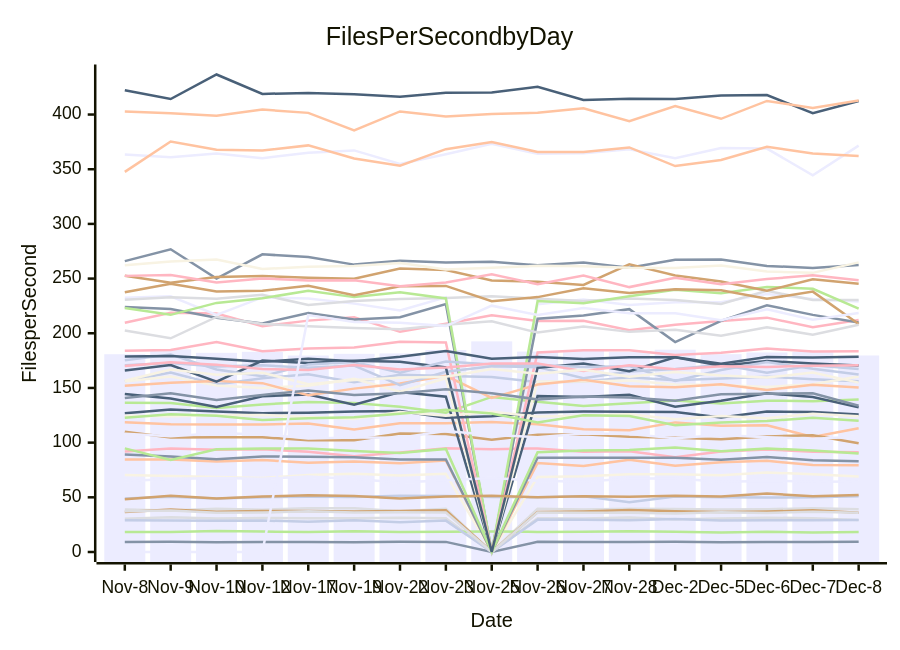
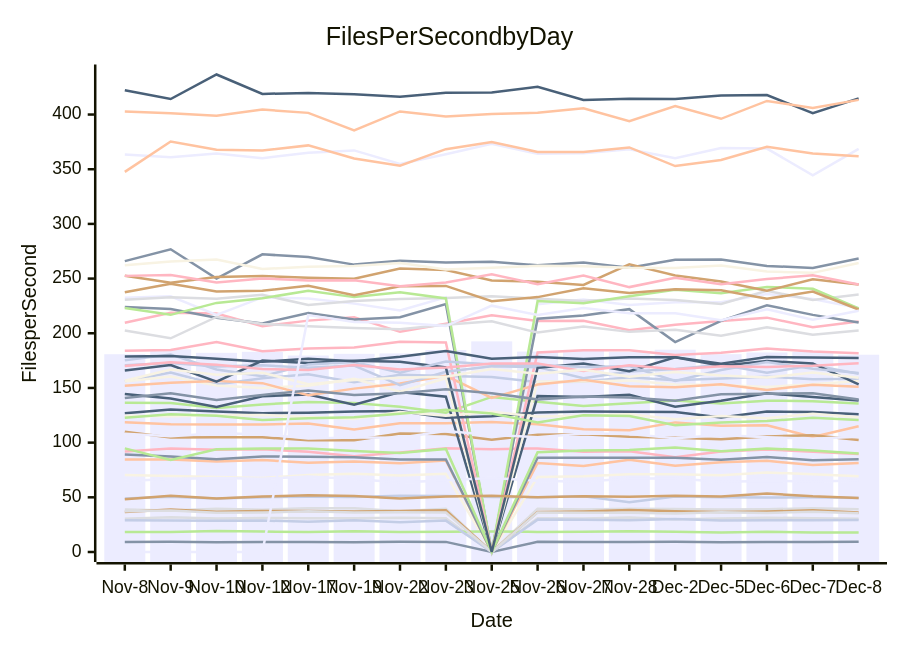
One commit to streetsidesoftware/cspell changed the diagram in perf-report.md. Above: the diagram before and after it, drawn with Mermaid. The commit also changed other lines of this file and 1 other file, not shown here.

````diff
--- a/perf-report.md
+++ b/perf-report.md
@@ -10,57 +10,57 @@
 ```mermaid
 xychart-beta
     title Files Per Second by Day
     y-axis Files per Second
     x-axis Date [Nov-8, Nov-9, Nov-10, Nov-12, Nov-17, Nov-19, Nov-22, Nov-23, Nov-25, Nov-26, Nov-27, Nov-28, Dec-2, Dec-5, Dec-6, Dec-7, Dec-8]
-    bar [180.85, 185.26, 182.11, 183.02, 179.67, 181.22, 181.55, 184.70, 192.57, 183.27, 184.75, 182.79, 184.99, 180.86, 182.42, 182.83, 179.71]
-    line [9.19, 9.27, 8.92, 9.14, 9.18, 8.84, 9.32, 9.24, 0.00, 9.27, 9.05, 9.13, 9.38, 8.86, 9.19, 9.24, 9.35]
-    line [118.63, 116.72, 116.49, 116.48, 117.45, 112.12, 117.70, 117.75, 118.80, 116.72, 112.25, 111.37, 118.51, 115.50, 115.87, 105.20, 113.24]
-    line [30.45, 31.85, 30.57, 31.13, 30.89, 30.94, 31.34, 30.76, 0.00, 30.81, 30.58, 31.64, 29.90, 30.63, 31.36, 30.89, 29.34]
-    line [136.40, 136.32, 131.65, 134.94, 137.19, 136.33, 132.82, 127.42, 141.81, 137.38, 133.61, 136.04, 138.47, 135.71, 138.36, 137.92, 139.33]
-    line [109.90, 104.67, 104.85, 104.85, 102.15, 102.24, 108.41, 107.84, 102.72, 107.24, 107.62, 105.35, 104.37, 103.06, 105.64, 106.80, 99.43]
-    line [48.97, 50.50, 48.94, 50.11, 50.42, 50.32, 51.47, 51.26, 50.21, 50.12, 50.94, 45.60, 50.75, 50.03, 49.80, 49.98, 51.06]
-    line [91.93, 94.57, 93.46, 93.94, 91.73, 87.45, 91.05, 94.79, 93.97, 94.67, 91.62, 92.04, 86.62, 91.97, 93.82, 91.60, 91.21]
-    line [144.44, 140.29, 132.61, 142.45, 144.07, 134.61, 146.19, 141.96, 0.00, 142.52, 141.79, 143.85, 132.83, 138.36, 145.16, 141.72, 132.22]
-    line [70.35, 69.51, 68.69, 67.71, 70.32, 71.50, 69.84, 71.46, 0.00, 68.63, 69.18, 70.98, 71.07, 70.27, 72.65, 71.06, 69.00]
-    line [363.56, 361.00, 364.43, 360.15, 365.05, 367.22, 354.80, 363.64, 373.17, 364.09, 364.55, 368.33, 360.08, 369.35, 368.90, 344.39, 371.58]
-    line [265.98, 276.77, 250.02, 272.22, 269.63, 262.78, 266.27, 264.63, 265.39, 262.12, 264.70, 259.96, 267.12, 267.54, 261.60, 259.75, 262.36]
-    line [84.56, 84.50, 82.79, 84.08, 81.67, 82.81, 81.19, 83.62, 0.00, 81.43, 78.64, 84.26, 78.88, 82.13, 83.39, 79.45, 79.29]
-    line [38.81, 37.90, 39.54, 38.73, 39.95, 40.00, 37.29, 39.41, 0.00, 39.61, 38.93, 39.59, 39.21, 38.95, 39.16, 39.98, 39.18]
-    line [18.36, 18.35, 19.12, 18.64, 18.32, 18.95, 18.34, 18.44, 18.84, 18.37, 18.41, 18.93, 18.48, 17.91, 18.52, 17.91, 18.39]
-    line [36.63, 38.88, 36.70, 37.54, 37.45, 37.05, 37.59, 38.10, 0.00, 36.55, 37.13, 38.36, 37.28, 36.55, 36.94, 38.11, 35.96]
-    line [156.12, 164.10, 153.25, 158.83, 162.50, 155.26, 161.99, 161.00, 160.02, 155.33, 155.60, 159.85, 157.03, 158.70, 160.32, 157.97, 156.07]
-    line [209.61, 218.80, 218.08, 206.42, 211.56, 214.70, 201.32, 208.63, 216.56, 211.21, 211.52, 202.80, 207.87, 211.25, 214.29, 205.55, 212.20]
-    line [422.15, 414.20, 436.61, 418.89, 419.72, 418.60, 416.16, 419.91, 420.14, 425.45, 413.25, 414.49, 414.13, 417.32, 417.87, 401.19, 412.41]
-    line [155.90, 160.36, 152.28, 150.06, 152.05, 158.28, 146.52, 158.85, 0.00, 155.81, 155.95, 156.73, 153.23, 152.74, 150.88, 153.33, 160.56]
-    line [232.42, 233.76, 216.82, 232.75, 231.73, 227.11, 220.77, 232.83, 0.00, 226.61, 230.78, 225.94, 228.40, 228.42, 235.98, 231.28, 229.10]
-    line [224.03, 222.14, 214.23, 209.04, 218.60, 212.59, 214.66, 226.79, 0.00, 213.37, 216.21, 222.03, 191.91, 211.40, 225.62, 216.82, 209.87]
-    line [151.98, 154.79, 156.47, 154.38, 143.43, 149.38, 154.11, 161.15, 140.96, 153.09, 157.58, 151.62, 150.61, 153.46, 148.08, 152.95, 150.44]
-    line [230.59, 232.99, 231.54, 235.20, 225.87, 229.42, 231.39, 232.22, 233.95, 231.55, 229.52, 231.73, 230.37, 226.75, 238.77, 230.39, 230.43]
-    line [223.17, 216.85, 227.77, 231.99, 238.91, 233.06, 237.44, 231.81, 0.00, 229.54, 227.35, 233.78, 239.72, 236.67, 242.41, 240.69, 222.44]
-    line [237.46, 245.31, 238.15, 238.92, 243.36, 234.75, 243.01, 243.28, 229.25, 233.06, 241.24, 236.91, 240.36, 239.27, 231.52, 238.08, 208.52]
-    line [28.99, 28.78, 28.56, 28.81, 27.61, 29.00, 27.12, 28.69, 0.00, 29.62, 29.42, 28.97, 30.07, 28.83, 29.04, 29.09, 29.30]
-    line [183.94, 184.74, 191.91, 183.56, 186.00, 187.01, 192.19, 191.67, 0.00, 182.52, 184.50, 184.37, 180.13, 182.27, 185.97, 183.39, 183.59]
-    line [126.84, 130.40, 128.50, 126.86, 127.39, 128.53, 129.02, 122.85, 124.15, 127.61, 128.38, 128.27, 127.96, 123.07, 128.36, 127.97, 125.64]
-    line [124.63, 124.24, 125.03, 125.24, 123.48, 121.57, 127.94, 124.68, 128.18, 123.81, 124.58, 126.05, 121.44, 124.27, 122.27, 126.51, 124.23]
-    line [64.87, 66.76, 67.56, 66.97, 68.98, 66.79, 63.49, 65.54, 67.63, 65.16, 64.17, 67.20, 67.10, 64.34, 65.01, 64.46, 64.17]
-    line [89.12, 87.30, 84.78, 87.41, 87.06, 86.68, 84.68, 84.66, 0.00, 86.16, 86.09, 86.12, 86.10, 84.45, 86.85, 83.80, 83.04]
-    line [347.60, 375.37, 367.87, 367.07, 371.79, 359.89, 353.22, 368.32, 374.93, 365.77, 365.67, 369.95, 352.91, 358.41, 370.56, 364.48, 362.11]
-    line [37.15, 37.84, 35.87, 36.08, 37.20, 36.20, 36.44, 36.12, 0.00, 36.09, 35.82, 35.94, 35.10, 36.40, 35.75, 36.91, 35.99]
-    line [94.75, 84.15, 93.85, 94.70, 94.62, 92.44, 90.51, 94.24, 0.00, 91.28, 92.74, 93.28, 95.50, 92.21, 94.67, 92.84, 90.08]
-    line [252.50, 246.24, 251.54, 252.31, 250.79, 249.89, 259.20, 257.89, 248.21, 247.03, 244.22, 263.12, 252.89, 247.30, 238.91, 249.28, 245.19]
-    line [170.78, 172.83, 169.54, 170.69, 168.51, 170.43, 152.49, 164.76, 169.85, 169.02, 158.91, 164.95, 167.24, 171.12, 163.98, 170.66, 167.39]
-    line [252.48, 253.34, 246.50, 250.04, 248.32, 248.40, 243.10, 246.46, 253.84, 244.86, 252.77, 242.22, 250.75, 244.77, 249.57, 253.00, 248.49]
-    line [165.93, 170.87, 155.75, 175.08, 172.86, 174.82, 173.87, 168.75, 0.00, 168.42, 172.41, 165.34, 178.00, 170.24, 174.62, 172.41, 170.51]
-    line [262.23, 265.71, 267.34, 258.77, 260.78, 261.46, 264.14, 258.29, 259.88, 261.65, 261.27, 259.85, 259.59, 261.91, 256.38, 255.24, 264.82]
-    line [108.04, 105.75, 108.53, 107.61, 103.87, 104.59, 104.39, 110.58, 106.99, 105.01, 108.35, 107.81, 104.02, 106.94, 104.99, 103.46, 105.30]
-    line [140.71, 145.23, 139.03, 143.66, 147.67, 143.64, 145.07, 148.78, 145.20, 139.52, 142.17, 141.34, 138.40, 144.20, 144.71, 145.14, 133.69]
-    line [402.78, 401.18, 398.88, 404.51, 401.52, 385.51, 402.83, 398.10, 400.47, 401.59, 405.72, 393.85, 407.78, 396.11, 412.42, 405.98, 412.80]
-    line [202.50, 195.41, 214.93, 208.44, 206.40, 204.90, 203.63, 207.69, 210.97, 200.63, 206.29, 201.28, 203.16, 197.69, 205.56, 198.75, 207.84]
-    line [122.72, 125.93, 124.62, 120.74, 122.33, 123.30, 126.42, 130.12, 126.69, 118.47, 125.05, 124.39, 115.88, 118.39, 119.81, 122.77, 120.08]
-    line [48.34, 51.40, 48.84, 50.71, 51.87, 51.27, 48.95, 50.74, 51.36, 50.08, 50.94, 50.51, 51.36, 50.85, 53.51, 50.97, 52.06]
-    line [175.33, 180.56, 166.86, 160.67, 171.35, 173.67, 163.99, 174.13, 171.44, 171.10, 169.17, 169.92, 156.42, 166.33, 173.70, 167.47, 162.30]
-    line [170.15, 173.41, 171.14, 167.37, 166.50, 171.04, 166.81, 168.79, 172.43, 172.30, 165.40, 170.85, 167.09, 169.78, 169.21, 170.29, 170.85]
-    line [178.68, 179.16, 176.80, 173.86, 176.80, 174.52, 178.44, 183.84, 176.75, 178.41, 176.49, 178.04, 178.10, 172.07, 178.26, 177.85, 178.56]
-    line [156.54, 166.82, 162.10, 163.95, 153.46, 157.33, 159.29, 160.15, 167.27, 163.00, 166.53, 160.28, 164.60, 161.29, 159.50, 164.08, 154.88]
-    line [0.00, 0.00, 0.00, 0.00, 216.65, 210.39, 209.57, 206.62, 225.23, 216.74, 223.01, 218.30, 218.24, 211.89, 221.99, 212.41, 218.55]
+    bar [180.85, 185.26, 182.11, 183.02, 179.67, 181.22, 181.55, 184.70, 192.57, 183.27, 184.75, 182.79, 184.99, 180.86, 182.42, 182.83, 180.39]
+    line [9.19, 9.27, 8.92, 9.14, 9.18, 8.84, 9.32, 9.24, 0.00, 9.27, 9.05, 9.13, 9.38, 8.86, 9.19, 9.24, 9.34]
+    line [118.63, 116.72, 116.49, 116.48, 117.45, 112.12, 117.70, 117.75, 118.80, 116.72, 112.25, 111.37, 118.51, 115.50, 115.87, 105.20, 114.91]
+    line [30.45, 31.85, 30.57, 31.13, 30.89, 30.94, 31.34, 30.76, 0.00, 30.81, 30.58, 31.64, 29.90, 30.63, 31.36, 30.89, 30.34]
+    line [136.40, 136.32, 131.65, 134.94, 137.19, 136.33, 132.82, 127.42, 141.81, 137.38, 133.61, 136.04, 138.47, 135.71, 138.36, 137.92, 135.73]
+    line [109.90, 104.67, 104.85, 104.85, 102.15, 102.24, 108.41, 107.84, 102.72, 107.24, 107.62, 105.35, 104.37, 103.06, 105.64, 106.80, 102.47]
+    line [48.97, 50.50, 48.94, 50.11, 50.42, 50.32, 51.47, 51.26, 50.21, 50.12, 50.94, 45.60, 50.75, 50.03, 49.80, 49.98, 49.31]
+    line [91.93, 94.57, 93.46, 93.94, 91.73, 87.45, 91.05, 94.79, 93.97, 94.67, 91.62, 92.04, 86.62, 91.97, 93.82, 91.60, 89.66]
+    line [144.44, 140.29, 132.61, 142.45, 144.07, 134.61, 146.19, 141.96, 0.00, 142.52, 141.79, 143.85, 132.83, 138.36, 145.16, 141.72, 138.45]
+    line [70.35, 69.51, 68.69, 67.71, 70.32, 71.50, 69.84, 71.46, 0.00, 68.63, 69.18, 70.98, 71.07, 70.27, 72.65, 71.06, 69.34]
+    line [363.56, 361.00, 364.43, 360.15, 365.05, 367.22, 354.80, 363.64, 373.17, 364.09, 364.55, 368.33, 360.08, 369.35, 368.90, 344.39, 368.61]
+    line [265.98, 276.77, 250.02, 272.22, 269.63, 262.78, 266.27, 264.63, 265.39, 262.12, 264.70, 259.96, 267.12, 267.54, 261.60, 259.75, 268.32]
+    line [84.56, 84.50, 82.79, 84.08, 81.67, 82.81, 81.19, 83.62, 0.00, 81.43, 78.64, 84.26, 78.88, 82.13, 83.39, 79.45, 81.30]
+    line [38.81, 37.90, 39.54, 38.73, 39.95, 40.00, 37.29, 39.41, 0.00, 39.61, 38.93, 39.59, 39.21, 38.95, 39.16, 39.98, 39.20]
+    line [18.36, 18.35, 19.12, 18.64, 18.32, 18.95, 18.34, 18.44, 18.84, 18.37, 18.41, 18.93, 18.48, 17.91, 18.52, 17.91, 17.81]
+    line [36.63, 38.88, 36.70, 37.54, 37.45, 37.05, 37.59, 38.10, 0.00, 36.55, 37.13, 38.36, 37.28, 36.55, 36.94, 38.11, 36.12]
+    line [156.12, 164.10, 153.25, 158.83, 162.50, 155.26, 161.99, 161.00, 160.02, 155.33, 155.60, 159.85, 157.03, 158.70, 160.32, 157.97, 158.32]
+    line [209.61, 218.80, 218.08, 206.42, 211.56, 214.70, 201.32, 208.63, 216.56, 211.21, 211.52, 202.80, 207.87, 211.25, 214.29, 205.55, 210.66]
+    line [422.15, 414.20, 436.61, 418.89, 419.72, 418.60, 416.16, 419.91, 420.14, 425.45, 413.25, 414.49, 414.13, 417.32, 417.87, 401.19, 414.83]
+    line [155.90, 160.36, 152.28, 150.06, 152.05, 158.28, 146.52, 158.85, 0.00, 155.81, 155.95, 156.73, 153.23, 152.74, 150.88, 153.33, 156.37]
+    line [232.42, 233.76, 216.82, 232.75, 231.73, 227.11, 220.77, 232.83, 0.00, 226.61, 230.78, 225.94, 228.40, 228.42, 235.98, 231.28, 223.08]
+    line [224.03, 222.14, 214.23, 209.04, 218.60, 212.59, 214.66, 226.79, 0.00, 213.37, 216.21, 222.03, 191.91, 211.40, 225.62, 216.82, 209.78]
+    line [151.98, 154.79, 156.47, 154.38, 143.43, 149.38, 154.11, 161.15, 140.96, 153.09, 157.58, 151.62, 150.61, 153.46, 148.08, 152.95, 151.11]
+    line [230.59, 232.99, 231.54, 235.20, 225.87, 229.42, 231.39, 232.22, 233.95, 231.55, 229.52, 231.73, 230.37, 226.75, 238.77, 230.39, 235.42]
+    line [223.17, 216.85, 227.77, 231.99, 238.91, 233.06, 237.44, 231.81, 0.00, 229.54, 227.35, 233.78, 239.72, 236.67, 242.41, 240.69, 222.66]
+    line [237.46, 245.31, 238.15, 238.92, 243.36, 234.75, 243.01, 243.28, 229.25, 233.06, 241.24, 236.91, 240.36, 239.27, 231.52, 238.08, 221.76]
+    line [28.99, 28.78, 28.56, 28.81, 27.61, 29.00, 27.12, 28.69, 0.00, 29.62, 29.42, 28.97, 30.07, 28.83, 29.04, 29.09, 29.27]
+    line [183.94, 184.74, 191.91, 183.56, 186.00, 187.01, 192.19, 191.67, 0.00, 182.52, 184.50, 184.37, 180.13, 182.27, 185.97, 183.39, 181.79]
+    line [126.84, 130.40, 128.50, 126.86, 127.39, 128.53, 129.02, 122.85, 124.15, 127.61, 128.38, 128.27, 127.96, 123.07, 128.36, 127.97, 126.03]
+    line [124.63, 124.24, 125.03, 125.24, 123.48, 121.57, 127.94, 124.68, 128.18, 123.81, 124.58, 126.05, 121.44, 124.27, 122.27, 126.51, 123.25]
+    line [64.87, 66.76, 67.56, 66.97, 68.98, 66.79, 63.49, 65.54, 67.63, 65.16, 64.17, 67.20, 67.10, 64.34, 65.01, 64.46, 65.48]
+    line [89.12, 87.30, 84.78, 87.41, 87.06, 86.68, 84.68, 84.66, 0.00, 86.16, 86.09, 86.12, 86.10, 84.45, 86.85, 83.80, 84.86]
+    line [347.60, 375.37, 367.87, 367.07, 371.79, 359.89, 353.22, 368.32, 374.93, 365.77, 365.67, 369.95, 352.91, 358.41, 370.56, 364.48, 361.92]
+    line [37.15, 37.84, 35.87, 36.08, 37.20, 36.20, 36.44, 36.12, 0.00, 36.09, 35.82, 35.94, 35.10, 36.40, 35.75, 36.91, 35.53]
+    line [94.75, 84.15, 93.85, 94.70, 94.62, 92.44, 90.51, 94.24, 0.00, 91.28, 92.74, 93.28, 95.50, 92.21, 94.67, 92.84, 90.13]
+    line [252.50, 246.24, 251.54, 252.31, 250.79, 249.89, 259.20, 257.89, 248.21, 247.03, 244.22, 263.12, 252.89, 247.30, 238.91, 249.28, 244.68]
+    line [170.78, 172.83, 169.54, 170.69, 168.51, 170.43, 152.49, 164.76, 169.85, 169.02, 158.91, 164.95, 167.24, 171.12, 163.98, 170.66, 163.06]
+    line [252.48, 253.34, 246.50, 250.04, 248.32, 248.40, 243.10, 246.46, 253.84, 244.86, 252.77, 242.22, 250.75, 244.77, 249.57, 253.00, 244.67]
+    line [165.93, 170.87, 155.75, 175.08, 172.86, 174.82, 173.87, 168.75, 0.00, 168.42, 172.41, 165.34, 178.00, 170.24, 174.62, 172.41, 153.23]
+    line [262.23, 265.71, 267.34, 258.77, 260.78, 261.46, 264.14, 258.29, 259.88, 261.65, 261.27, 259.85, 259.59, 261.91, 256.38, 255.24, 264.32]
+    line [108.04, 105.75, 108.53, 107.61, 103.87, 104.59, 104.39, 110.58, 106.99, 105.01, 108.35, 107.81, 104.02, 106.94, 104.99, 103.46, 105.28]
+    line [140.71, 145.23, 139.03, 143.66, 147.67, 143.64, 145.07, 148.78, 145.20, 139.52, 142.17, 141.34, 138.40, 144.20, 144.71, 145.14, 139.43]
+    line [402.78, 401.18, 398.88, 404.51, 401.52, 385.51, 402.83, 398.10, 400.47, 401.59, 405.72, 393.85, 407.78, 396.11, 412.42, 405.98, 413.41]
+    line [202.50, 195.41, 214.93, 208.44, 206.40, 204.90, 203.63, 207.69, 210.97, 200.63, 206.29, 201.28, 203.16, 197.69, 205.56, 198.75, 202.62]
+    line [122.72, 125.93, 124.62, 120.74, 122.33, 123.30, 126.42, 130.12, 126.69, 118.47, 125.05, 124.39, 115.88, 118.39, 119.81, 122.77, 120.62]
+    line [48.34, 51.40, 48.84, 50.71, 51.87, 51.27, 48.95, 50.74, 51.36, 50.08, 50.94, 50.51, 51.36, 50.85, 53.51, 50.97, 49.42]
+    line [175.33, 180.56, 166.86, 160.67, 171.35, 173.67, 163.99, 174.13, 171.44, 171.10, 169.17, 169.92, 156.42, 166.33, 173.70, 167.47, 163.68]
+    line [170.15, 173.41, 171.14, 167.37, 166.50, 171.04, 166.81, 168.79, 172.43, 172.30, 165.40, 170.85, 167.09, 169.78, 169.21, 170.29, 172.49]
+    line [178.68, 179.16, 176.80, 173.86, 176.80, 174.52, 178.44, 183.84, 176.75, 178.41, 176.49, 178.04, 178.10, 172.07, 178.26, 177.85, 177.48]
+    line [156.54, 166.82, 162.10, 163.95, 153.46, 157.33, 159.29, 160.15, 167.27, 163.00, 166.53, 160.28, 164.60, 161.29, 159.50, 164.08, 159.35]
+    line [0.00, 0.00, 0.00, 0.00, 216.65, 210.39, 209.57, 206.62, 225.23, 216.74, 223.01, 218.30, 218.24, 211.89, 221.99, 212.41, 220.64]
 ```
````
